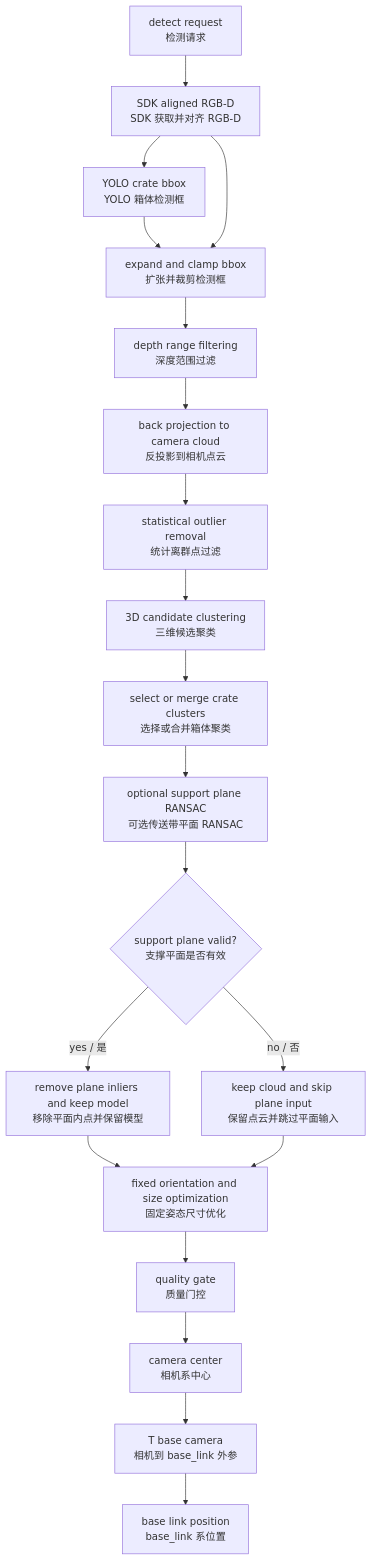
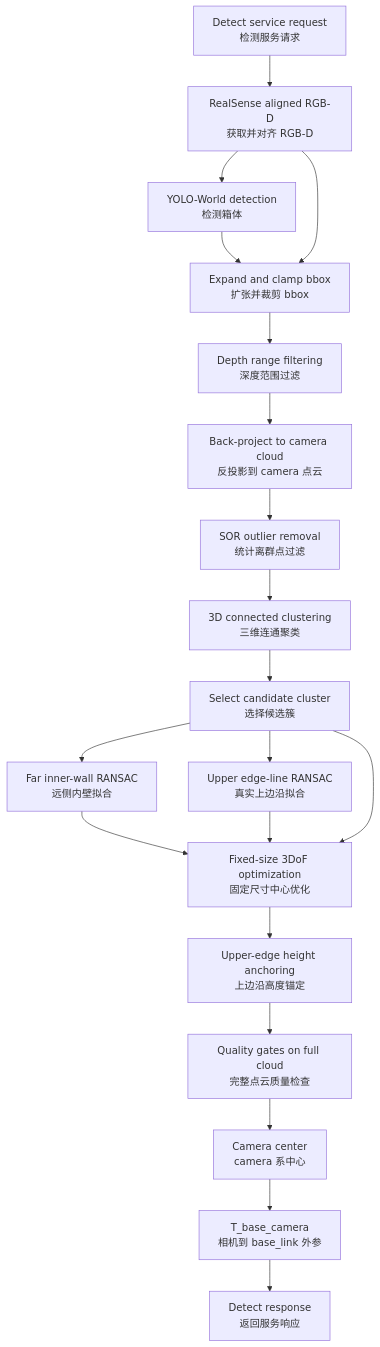
The first of 2 diagrams in pointcloud_filter_and_position_optimization.md (liujun0808/detect_box_ws), drawn with Mermaid before and after one commit. The commit also changed other lines of this file and 20 other files, not shown here.

```diff
--- a/pointcloud_filter_and_position_optimization.md
+++ b/pointcloud_filter_and_position_optimization.md
@@ -104,22 +37,22 @@
 ~~~mermaid
 flowchart TD
-    A[detect request<br/>检测请求] --> B[SDK aligned RGB-D<br/>SDK 获取并对齐 RGB-D]
-    B --> C[YOLO crate bbox<br/>YOLO 箱体检测框]
-    C --> D[expand and clamp bbox<br/>扩张并裁剪检测框]
+    A[Detect service request<br/>检测服务请求] --> B[RealSense aligned RGB-D<br/>获取并对齐 RGB-D]
+    B --> C[YOLO-World detection<br/>检测箱体]
+    C --> D[Expand and clamp bbox<br/>扩张并裁剪 bbox]
     B --> D
-    D --> E[depth range filtering<br/>深度范围过滤]
-    E --> F[back projection to camera cloud<br/>反投影到相机点云]
-    F --> G[statistical outlier removal<br/>统计离群点过滤]
-    G --> H[3D candidate clustering<br/>三维候选聚类]
-    H --> I[select or merge crate clusters<br/>选择或合并箱体聚类]
-    I --> J[optional support plane RANSAC<br/>可选传送带平面 RANSAC]
-    J --> K{support plane valid?<br/>支撑平面是否有效}
-    K -- yes / 是 --> L[remove plane inliers and keep model<br/>移除平面内点并保留模型]
-    K -- no / 否 --> M[keep cloud and skip plane input<br/>保留点云并跳过平面输入]
-    L --> N[fixed orientation and size optimization<br/>固定姿态尺寸优化]
-    M --> N
-    N --> O[quality gate<br/>质量门控]
-    O --> P[camera center<br/>相机系中心]
-    P --> Q[T base camera<br/>相机到 base_link 外参]
-    Q --> R[base link position<br/>base_link 系位置]
+    D --> E[Depth range filtering<br/>深度范围过滤]
+    E --> F[Back-project to camera cloud<br/>反投影到 camera 点云]
+    F --> G[SOR outlier removal<br/>统计离群点过滤]
+    G --> H[3D connected clustering<br/>三维连通聚类]
+    H --> I[Select candidate cluster<br/>选择候选簇]
+    I --> J[Far inner-wall RANSAC<br/>远侧内壁拟合]
+    I --> K[Upper edge-line RANSAC<br/>真实上边沿拟合]
+    J --> L[Fixed-size 3DoF optimization<br/>固定尺寸中心优化]
+    K --> L
+    I --> L
+    L --> M[Upper-edge height anchoring<br/>上边沿高度锚定]
+    M --> N[Quality gates on full cloud<br/>完整点云质量检查]
+    N --> O[Camera center<br/>camera 系中心]
+    O --> P[T_base_camera<br/>相机到 base_link 外参]
+    P --> Q[Detect response<br/>返回服务响应]
 ~~~
```
